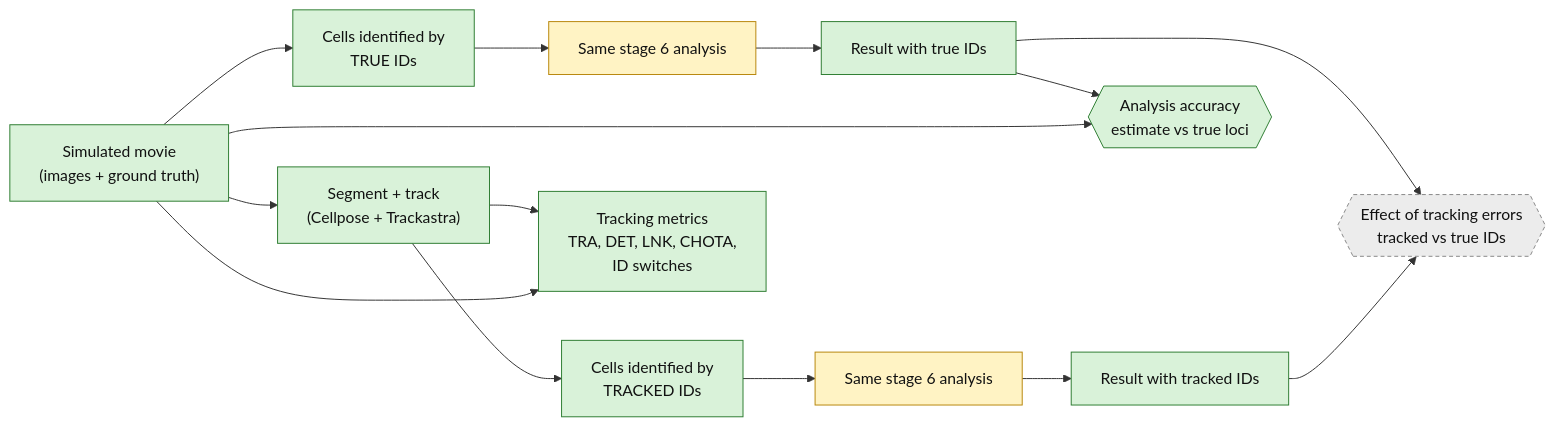
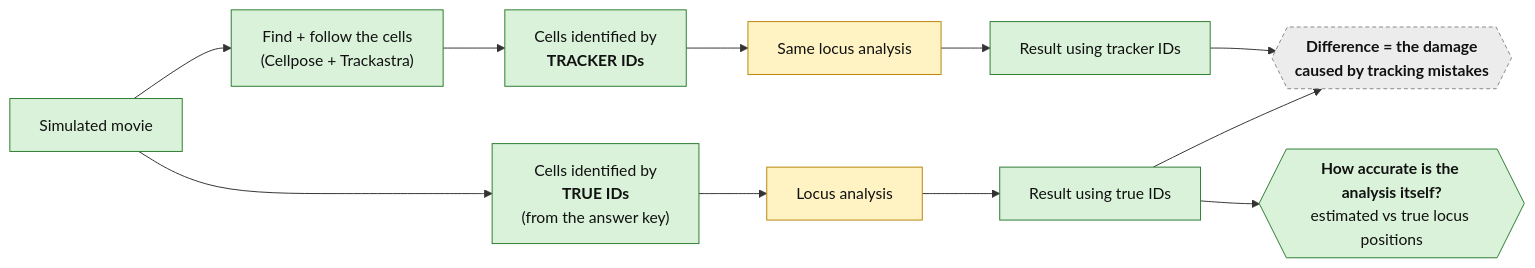
Before and after one commit to CHB-Bohrer/Sim_Live_Cell_Analysis: the fourth of 5 diagrams in docs/ARCHITECTURE.md, drawn with Mermaid. The commit also changed other lines of this file, not shown here.

Commit message:
Rewrite architecture diagrams in plain language (big picture, zones, worked example, glossary)

````diff
--- a/docs/ARCHITECTURE.md
+++ b/docs/ARCHITECTURE.md
@@ -64,26 +111,18 @@
 ```mermaid
 flowchart LR
-    MOVIE["Simulated movie<br/>(images + ground truth)"]:::built
-
-    MOVIE --> TRUTHID["Cells identified by<br/>TRUE IDs"]:::built
-    MOVIE --> TRACK["Segment + track<br/>(Cellpose + Trackastra)"]:::built
-    TRACK --> TRACKID["Cells identified by<br/>TRACKED IDs"]:::built
-
-    TRUTHID --> A1["Same stage 6 analysis"]:::standin
-    TRACKID --> A2["Same stage 6 analysis"]:::standin
-
-    A1 --> R1["Result with true IDs"]:::built
-    A2 --> R2["Result with tracked IDs"]:::built
-
-    R1 --> C1{{"Analysis accuracy<br/>estimate vs true loci"}}:::built
-    MOVIE --> C1
-    R1 --> C2{{"Effect of tracking errors<br/>tracked vs true IDs"}}:::planned
-    R2 --> C2
-
-    TRACK --> M["Tracking metrics<br/>TRA, DET, LNK, CHOTA,<br/>ID switches"]:::built
-    MOVIE --> M
+    MV["Simulated movie"]:::built
+    MV --> T["Cells identified by<br/><b>TRUE IDs</b><br/>(from the answer key)"]:::built
+    MV --> K["Find + follow the cells<br/>(Cellpose + Trackastra)"]:::built
+    K --> TR["Cells identified by<br/><b>TRACKER IDs</b>"]:::built
+    T --> A1["Locus analysis"]:::standin
+    TR --> A2["Same locus analysis"]:::standin
+    A1 --> R1["Result using true IDs"]:::built
+    A2 --> R2["Result using tracker IDs"]:::built
+    R1 --> CMP{{"<b>Difference = the damage<br/>caused by tracking mistakes</b>"}}:::planned
+    R2 --> CMP
+    R1 --> ACC{{"<b>How accurate is the analysis itself?</b><br/>estimated vs true locus positions"}}:::built
 
     classDef built fill:#d9f2d9,stroke:#2e7d32,color:#111;
     classDef standin fill:#fff3c4,stroke:#b8860b,color:#111;
     classDef planned fill:#ececec,stroke:#888,stroke-dasharray: 4 3,color:#111;
 ```
````
